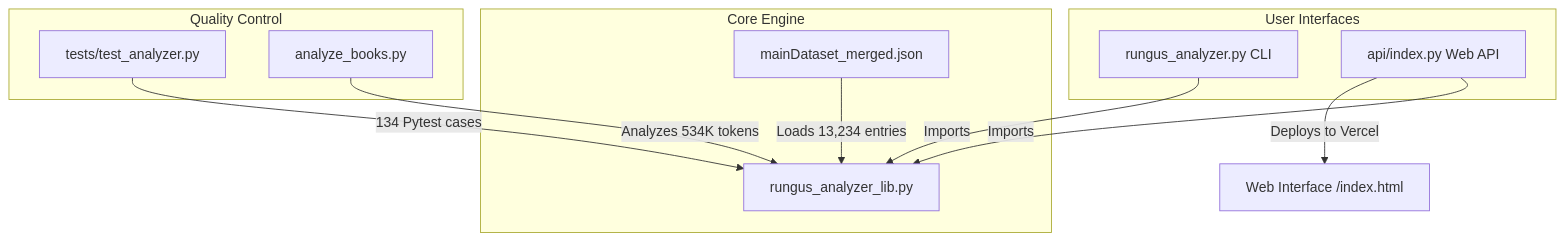
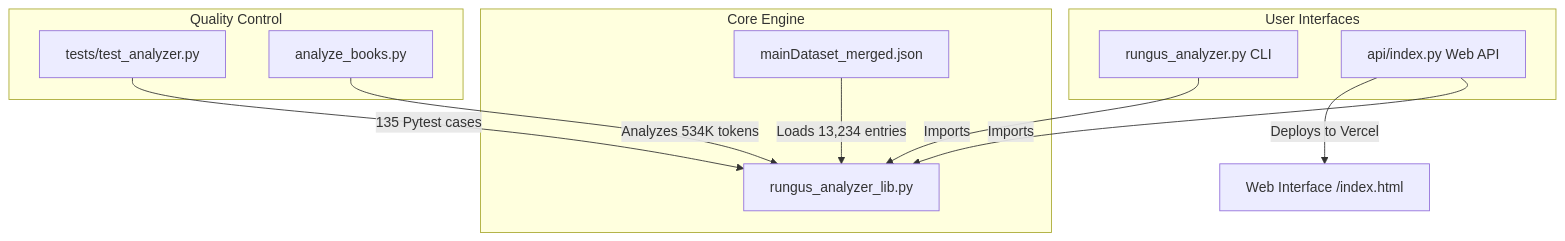
The diagram in README.md (vellvient/RungusAnalyzer), drawn with Mermaid before and after one commit. The commit also changed other lines of this file and 2 other files, not shown here.

````diff
--- a/README.md
+++ b/README.md
@@ -27,19 +27,19 @@
 ```mermaid
 graph TD
     subgraph Core Engine
         Lib[rungus_analyzer_lib.py]
         Dict[mainDataset_merged.json] -->|Loads 13,234 entries| Lib
     end
 
     subgraph User Interfaces
         CLI[rungus_analyzer.py CLI] -->|Imports| Lib
         API[api/index.py Web API] -->|Imports| Lib
     end
 
     subgraph Quality Control
-        Tests[tests/test_analyzer.py] -->|134 Pytest cases| Lib
+        Tests[tests/test_analyzer.py] -->|135 Pytest cases| Lib
         Corpus[analyze_books.py] -->|Analyzes 534K tokens| Lib
     end
     
     API -->|Deploys to Vercel| Web[Web Interface /index.html]
 ```
````
